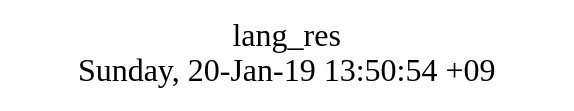
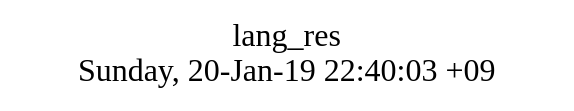
Before and after one commit to AplaProject/apps: the diagram in src/lang_res/struct.dot, drawn with Graphviz. The commit also changed 11 other files, not shown here.

```diff
--- a/src/lang_res/struct.dot
+++ b/src/lang_res/struct.dot
@@ -1,8 +1,8 @@
 digraph G {
 fontsize="24";
-label="lang_res\nSunday, 20-Jan-19 13:50:54 +09";
+label="lang_res\nSunday, 20-Jan-19 22:40:03 +09";
 nojustify=true;
 ordering=out;
 rankdir=LR;
 size="30";
 }
```
